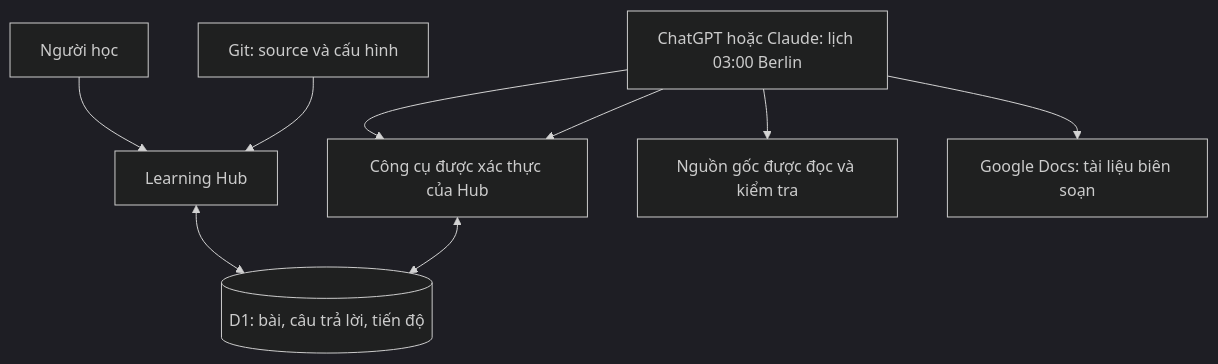
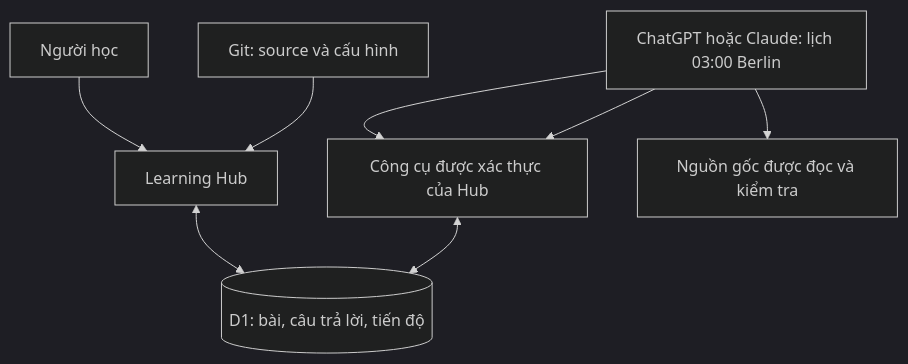
The diagram in README.md (unhuman1289/learning-hub), drawn with Mermaid (dark theme) before and after one commit. The commit also changed other lines of this file and 30 other files, not shown here.

````diff
--- a/README.md
+++ b/README.md
@@ -68,11 +71,10 @@
 ```mermaid
 flowchart TD
   U[Người học] --> H[Learning Hub]
   H <--> D[(D1: bài, câu trả lời, tiến độ)]
   A[ChatGPT hoặc Claude: lịch 03:00 Berlin] --> T[Công cụ được xác thực của Hub]
   T <--> D
   A --> S[Nguồn gốc được đọc và kiểm tra]
-  A --> G[Google Docs: tài liệu biên soạn]
   A --> T
   R[Git: source và cấu hình] --> H
 ```
````
